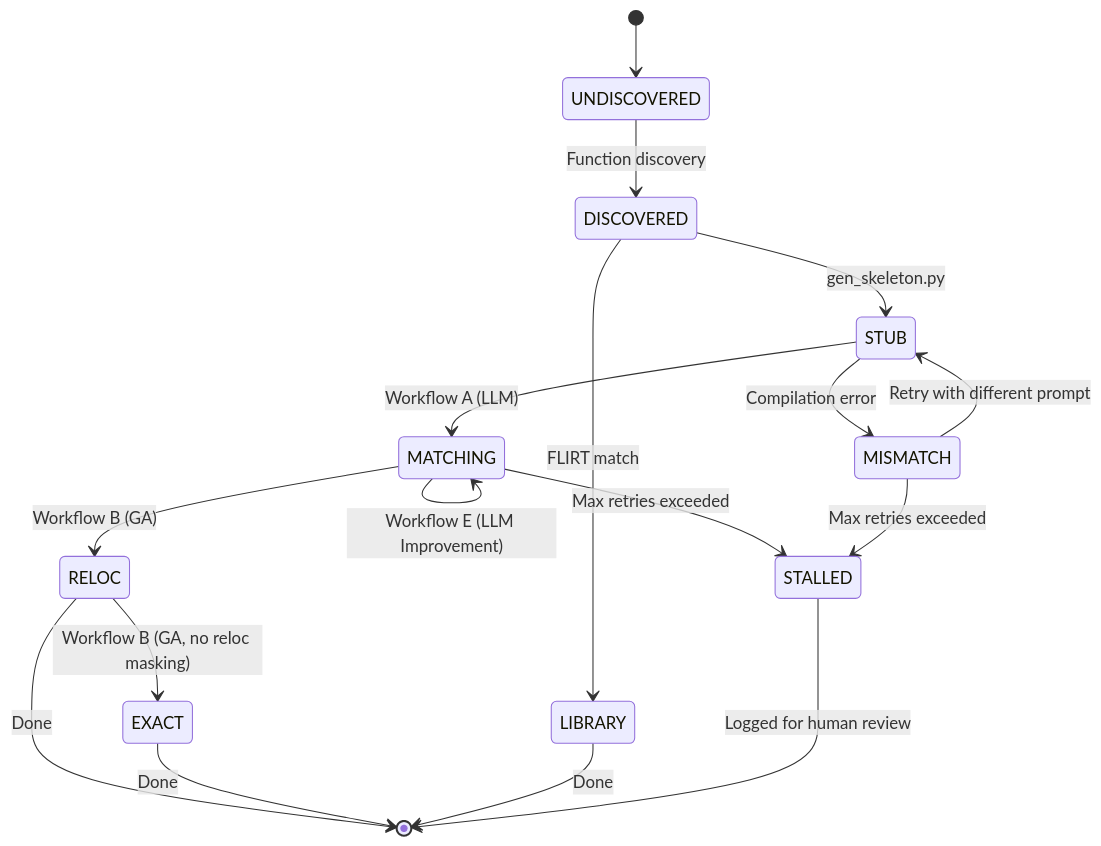
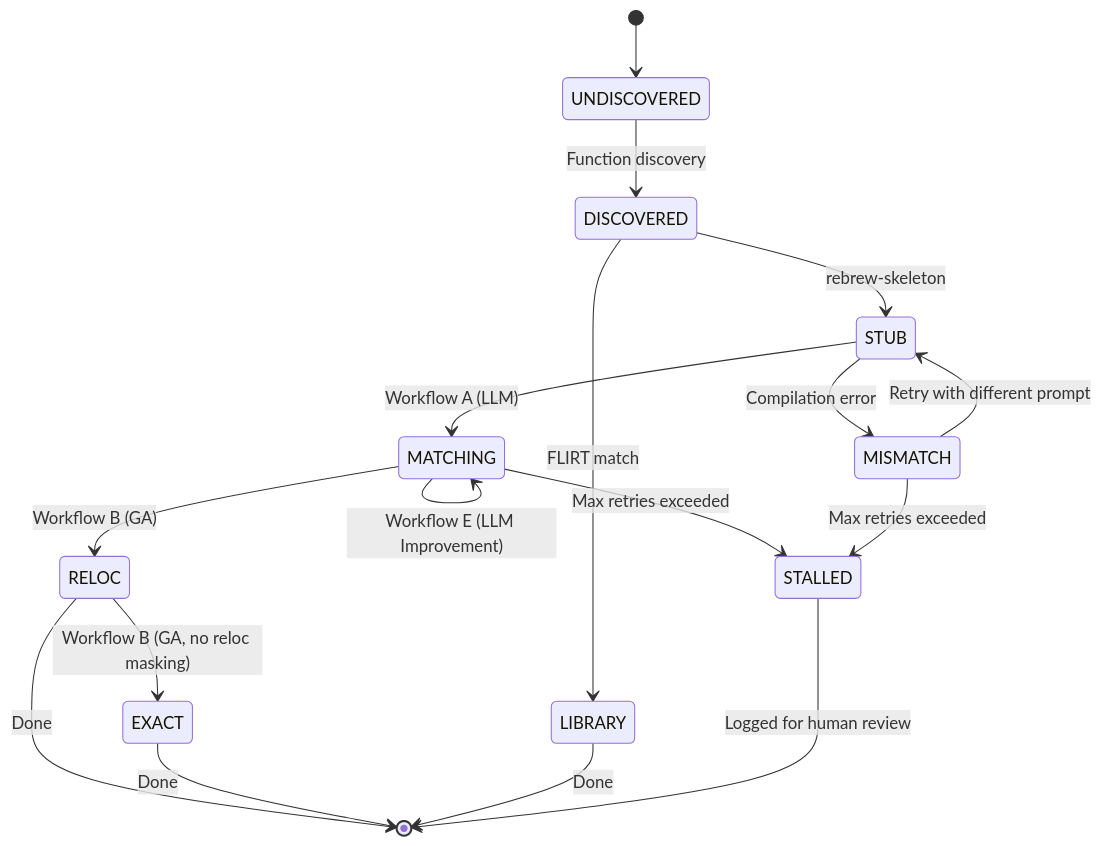
One commit to maci0/rebrew changed the first of 6 diagrams in docs/AGENT_PRD.md. Above: the diagram before and after it, drawn with Mermaid. The commit also changed other lines of this file and 77 other files, not shown here.

````diff
--- a/docs/AGENT_PRD.md
+++ b/docs/AGENT_PRD.md
@@ -25,26 +25,26 @@
 ```mermaid
 stateDiagram-v2
     [*] --> UNDISCOVERED
 
     UNDISCOVERED --> DISCOVERED : Function discovery
     DISCOVERED --> LIBRARY : FLIRT match
-    DISCOVERED --> STUB : gen_skeleton.py
+    DISCOVERED --> STUB : rebrew-skeleton
 
     STUB --> MATCHING : Workflow A (LLM)
     STUB --> MISMATCH : Compilation error
     MISMATCH --> STUB : Retry with different prompt
 
     MATCHING --> RELOC : Workflow B (GA)
     MATCHING --> MATCHING : Workflow C (Diff Resolver)
     MATCHING --> MATCHING : Workflow E (LLM Improvement)
 
     RELOC --> EXACT : Workflow B (GA, no reloc masking)
     RELOC --> [*] : Done
 
     EXACT --> [*] : Done
     LIBRARY --> [*] : Done
 
     MATCHING --> STALLED : Max retries exceeded
     MISMATCH --> STALLED : Max retries exceeded
     STALLED --> [*] : Logged for human review
 ```
````
